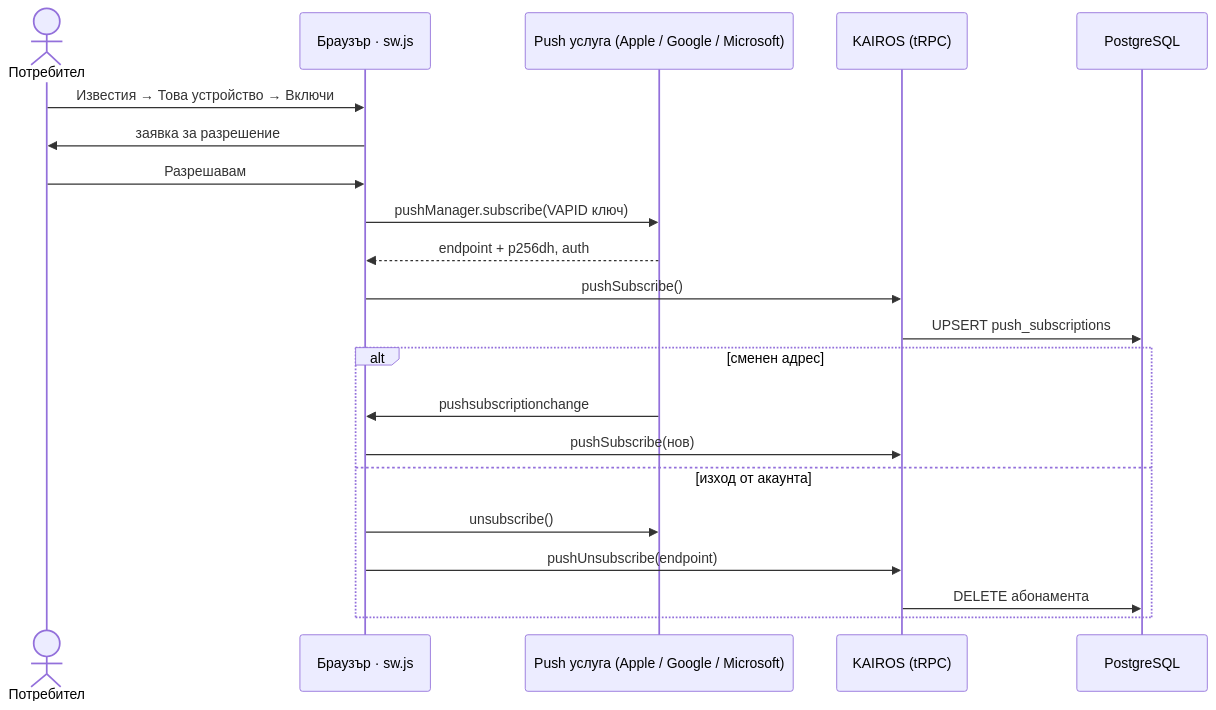
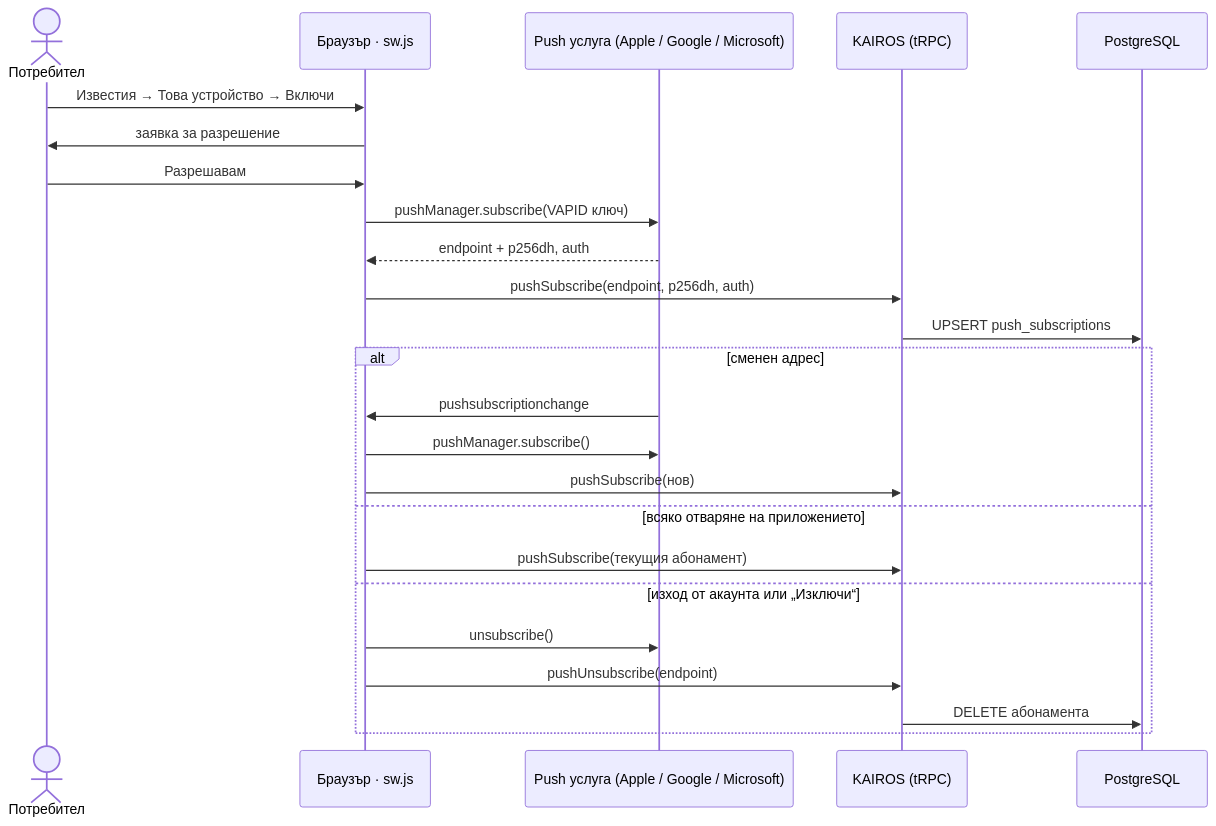
Before and after one commit to tuncheva/KAIROS: diagram 13 of 19 in docs/diploma/diagrams/GALLERY.md, drawn with Mermaid. The commit also changed other lines of this file and 68 other files, not shown here.

First line of the commit message:
fix(thesis): replace Word-drawn figures; apply approved diagram changes

````diff
--- a/docs/diploma/diagrams/GALLERY.md
+++ b/docs/diploma/diagrams/GALLERY.md
@@ -359,24 +371,27 @@
 ```mermaid
 %% Фигура 13 – Абониране на устройство
 sequenceDiagram
   actor U as Потребител
   participant B as Браузър · sw.js
   participant P as Push услуга (Apple / Google / Microsoft)
   participant K as KAIROS (tRPC)
   participant DB as PostgreSQL
   U->>B: Известия → Това устройство → Включи
   B->>U: заявка за разрешение
   U->>B: Разрешавам
   B->>P: pushManager.subscribe(VAPID ключ)
   P-->>B: endpoint + p256dh, auth
-  B->>K: pushSubscribe()
+  B->>K: pushSubscribe(endpoint, p256dh, auth)
   K->>DB: UPSERT push_subscriptions
   alt сменен адрес
     P->>B: pushsubscriptionchange
+    B->>P: pushManager.subscribe()
     B->>K: pushSubscribe(нов)
-  else изход от акаунта
+  else всяко отваряне на приложението
+    B->>K: pushSubscribe(текущия абонамент)
+  else изход от акаунта или „Изключи“
     B->>P: unsubscribe()
     B->>K: pushUnsubscribe(endpoint)
     K->>DB: DELETE абонамента
   end
 ```
````
